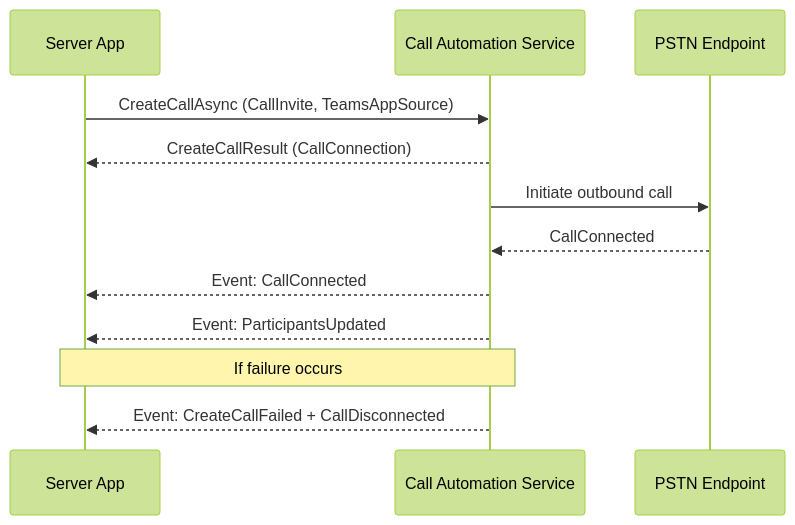
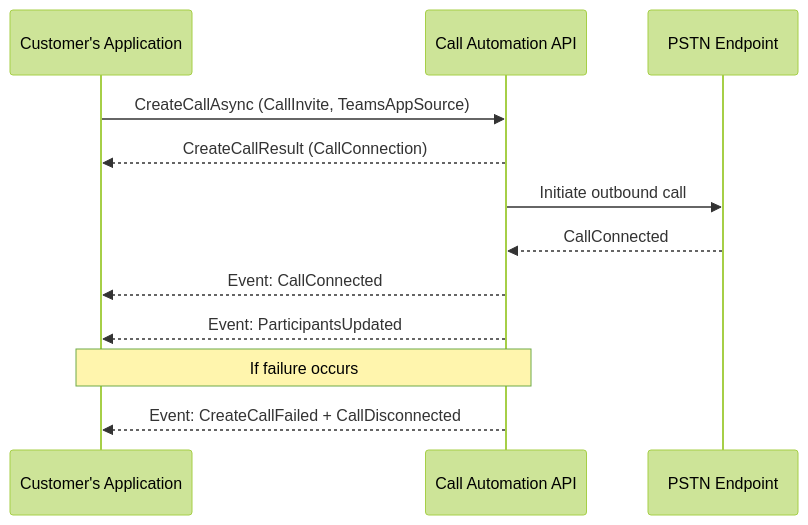
One commit to xtqqczze/MicrosoftDocs-azure-docs changed the diagram in articles/communication-services/quickstarts/tpe/tpe-server-outbound.md. Above: the diagram before and after it, drawn with Mermaid (forest theme). The commit also changed other lines of this file, not shown here.

````diff
--- a/articles/communication-services/quickstarts/tpe/tpe-server-outbound.md
+++ b/articles/communication-services/quickstarts/tpe/tpe-server-outbound.md
@@ -81,15 +104,15 @@
 ```mermaid
 sequenceDiagram
-    participant App as Server App
-    participant CallAutomation as Call Automation Service
+    participant App as Customer's Application
+    participant CallAutomation as Call Automation API
     participant PSTN as PSTN Endpoint
 
     App->>CallAutomation: CreateCallAsync (CallInvite, TeamsAppSource)
     CallAutomation-->>App: CreateCallResult (CallConnection)
     CallAutomation->>PSTN: Initiate outbound call
     PSTN-->>CallAutomation: CallConnected
     CallAutomation-->>App: Event: CallConnected
     CallAutomation-->>App: Event: ParticipantsUpdated
     Note over App,CallAutomation: If failure occurs
     CallAutomation-->>App: Event: CreateCallFailed + CallDisconnected
 ```
````
